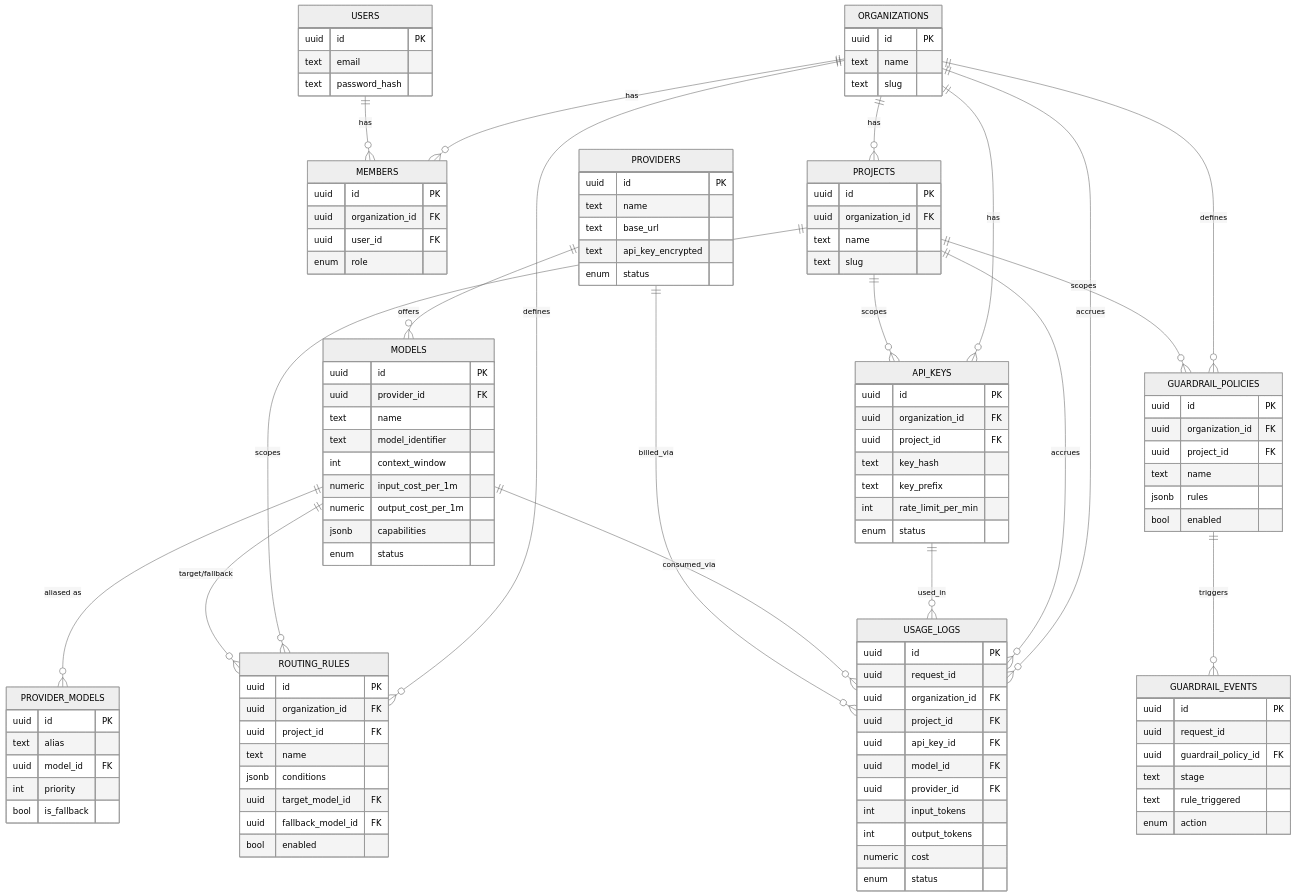
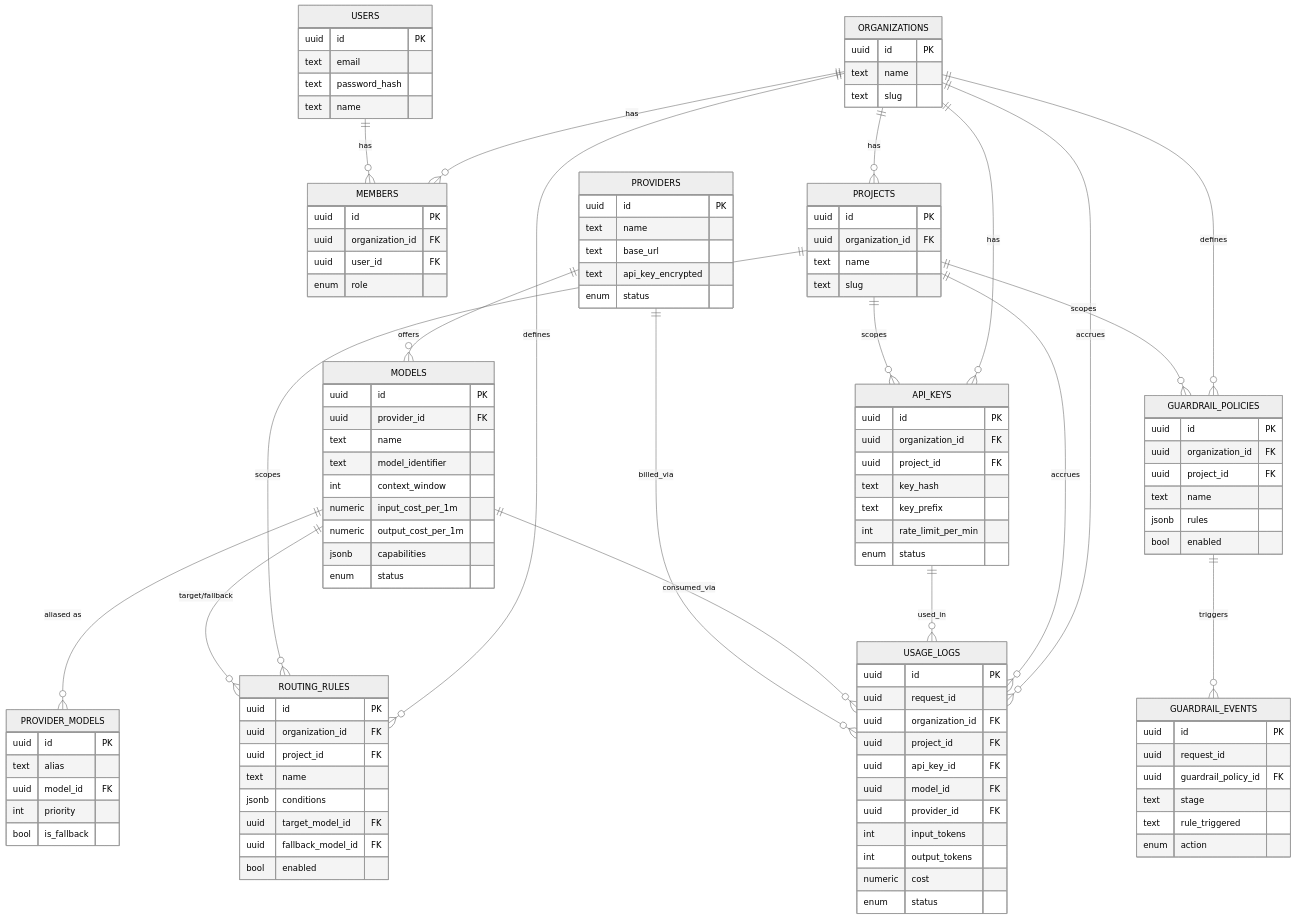
The diagram in backend/artifacts/db.deisgn.md (divyansh-1214/TrustForge), drawn with Mermaid (neutral theme) before and after one commit. The commit also changed other lines of this file and 5 other files, not shown here.

```diff
--- a/backend/artifacts/db.deisgn.md
+++ b/backend/artifacts/db.deisgn.md
@@ -34,6 +34,7 @@
         uuid id PK
         text email
         text password_hash
+        text name
     }
     MEMBERS {
         uuid id PK
```
